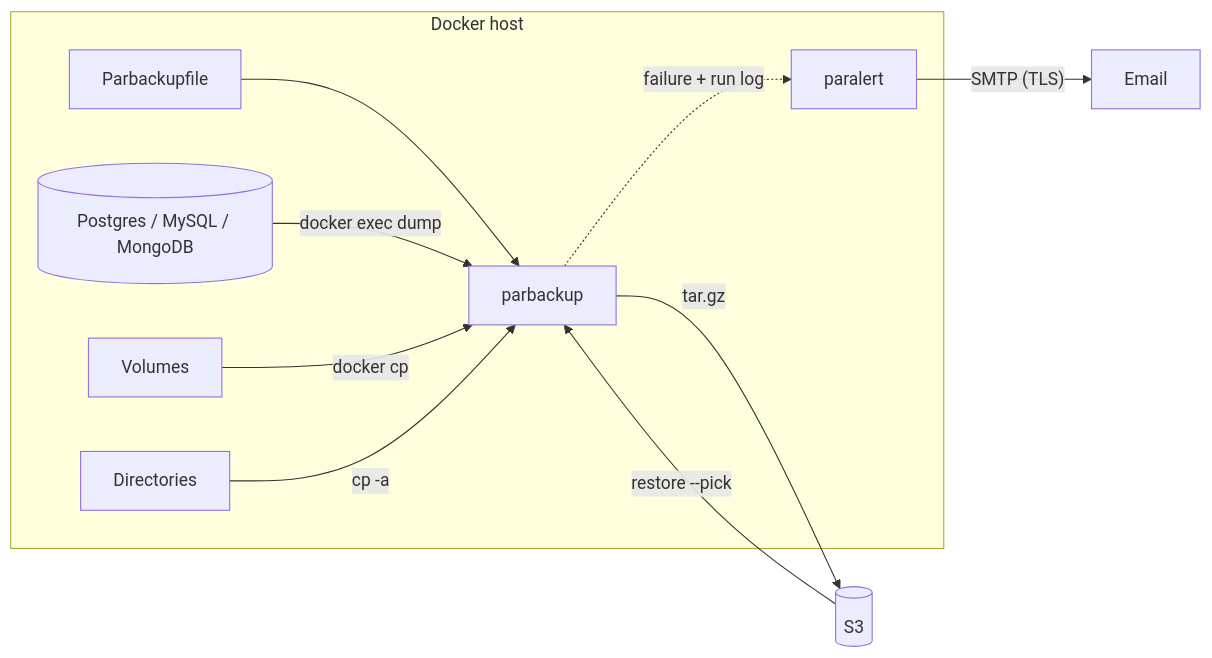
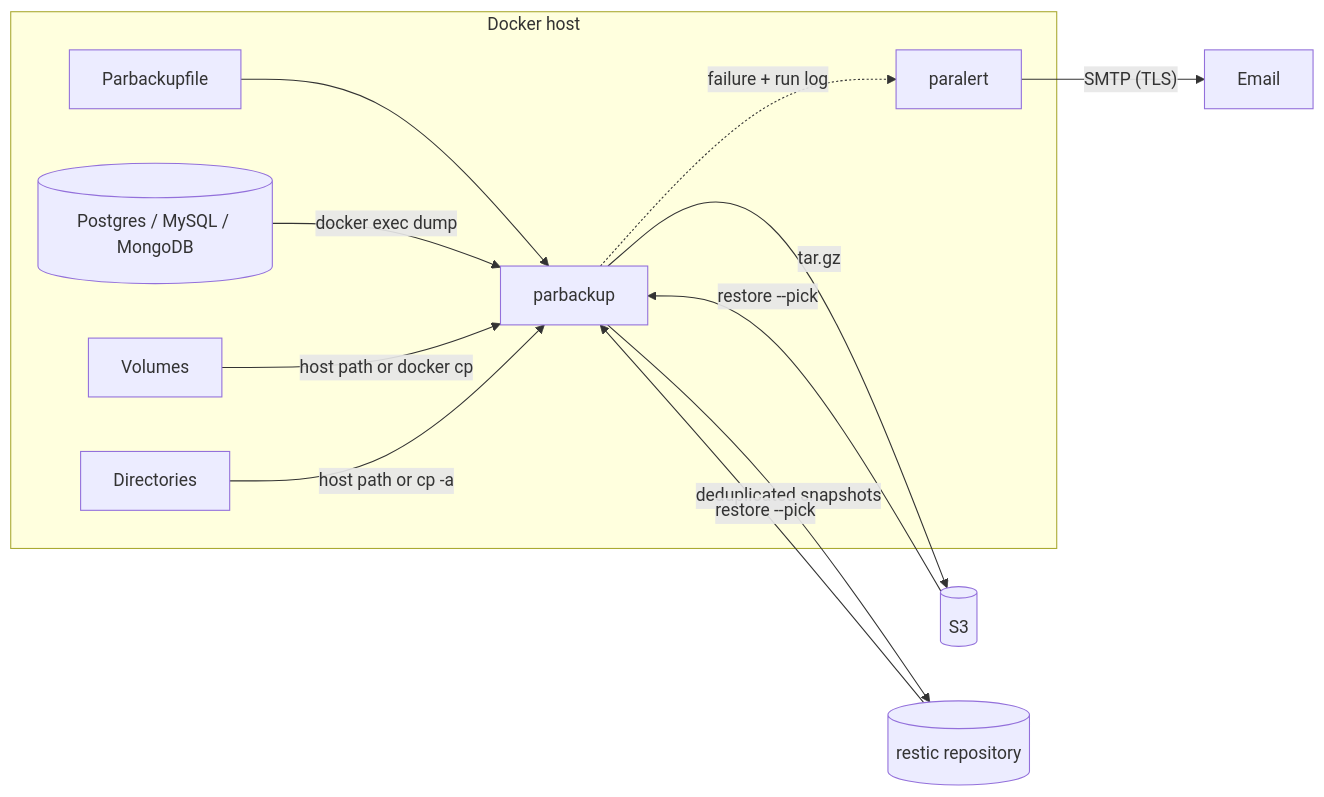
Before and after one commit to parthec-de/par-server-tools: the diagram in README.md, drawn with Mermaid. The commit also changed other lines of this file and 5 other files, not shown here.

````diff
--- a/README.md
+++ b/README.md
@@ -20,19 +25,21 @@
 ```mermaid
 flowchart LR
   subgraph host["Docker host"]
     PF["Parbackupfile"]
     DB[("Postgres / MySQL / MongoDB")]
     VOL["Volumes"]
     DIR["Directories"]
     PB["parbackup"]
     PA["paralert"]
   end
   PF --> PB
   DB -- "docker exec dump" --> PB
-  VOL -- "docker cp" --> PB
-  DIR -- "cp -a" --> PB
+  VOL -- "host path or docker cp" --> PB
+  DIR -- "host path or cp -a" --> PB
   PB -- "tar.gz" --> S3[("S3")]
+  PB -- "deduplicated snapshots" --> RS[("restic repository")]
   S3 -- "restore --pick" --> PB
+  RS -- "restore --pick" --> PB
   PB -.->|"failure + run log"| PA
   PA -- "SMTP (TLS)" --> MAIL["Email"]
 ```
````
